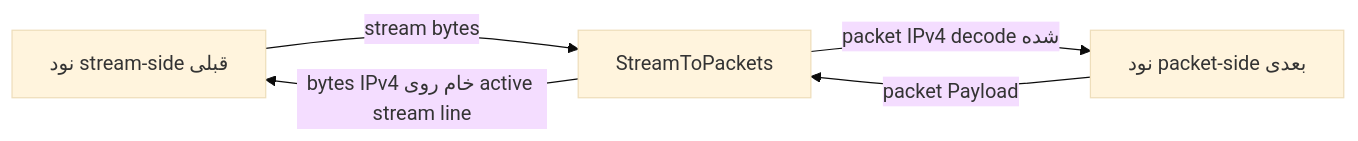
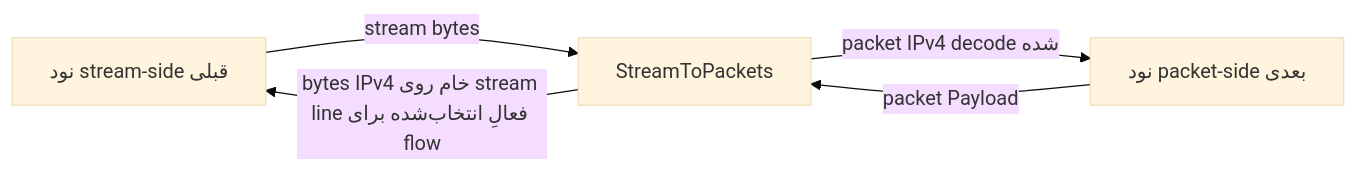
The diagram in i18n/fa/docusaurus-plugin-content-docs/current/02-noderefs/StreamToPackets.mdx (radkesvat/WaterWall-Docs), drawn with Mermaid (base theme) before and after one commit. The commit also changed other lines of this file and 9 other files, not shown here.

````diff
--- a/i18n/fa/docusaurus-plugin-content-docs/current/02-noderefs/StreamToPackets.mdx
+++ b/i18n/fa/docusaurus-plugin-content-docs/current/02-noderefs/StreamToPackets.mdx
@@ -102,7 +103,7 @@
 ```mermaid
 flowchart LR
     S[نود stream-side قبلی] -->|stream bytes| STP[StreamToPackets]
     STP -->|packet IPv4 decode شده| P[نود packet-side بعدی]
     P -->|packet Payload| STP
-    STP -->|bytes IPv4 خام روی active stream line| S
+    STP -->|bytes IPv4 خام روی stream line فعالِ انتخاب‌شده برای flow| S
 ```
````
